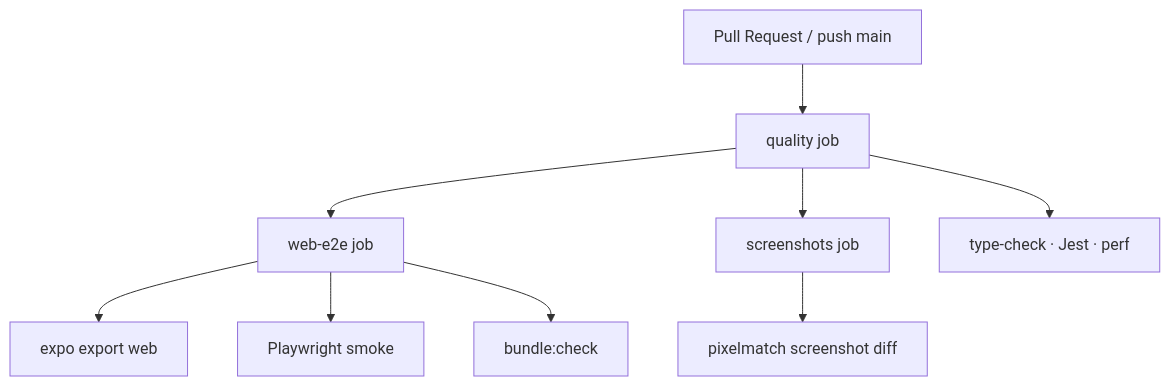
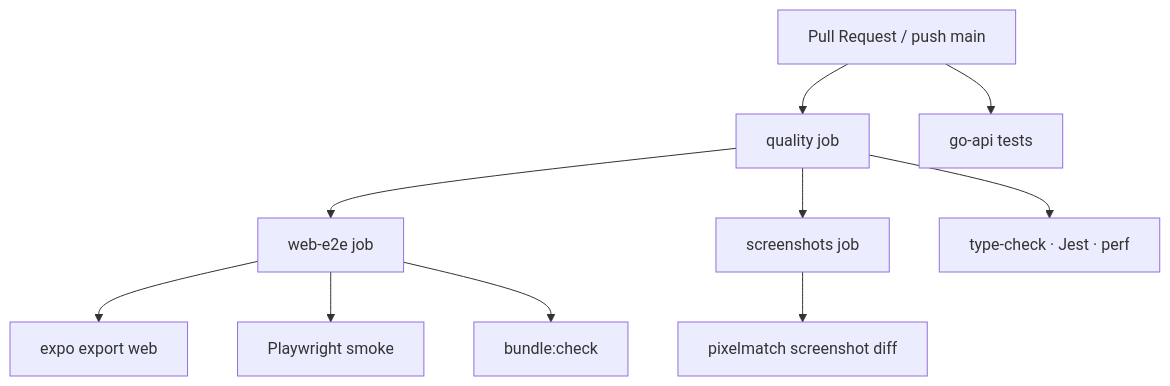
One commit to ansarrnd/community-app changed the diagram in docs/CI_CD_PLAN.md. Above: the diagram before and after it, drawn with Mermaid. The commit also changed other lines of this file and 31 other files, not shown here.

First line of the commit message:
Add a Go bootstrap API and document startup vs enterprise architecture.

````diff
--- a/docs/CI_CD_PLAN.md
+++ b/docs/CI_CD_PLAN.md
@@ -21,11 +21,12 @@
 ```mermaid
 flowchart TD
   PR[Pull Request / push main] --> Q[quality job]
+  PR --> Go[go-api tests]
   Q --> W[web-e2e job]
   Q --> S[screenshots job]
   Q --> Jest[type-check · Jest · perf]
   W --> WebBuild[expo export web]
   W --> PW[Playwright smoke]
   W --> Bundle[bundle:check]
   S --> Pixel[pixelmatch screenshot diff]
 ```
````
